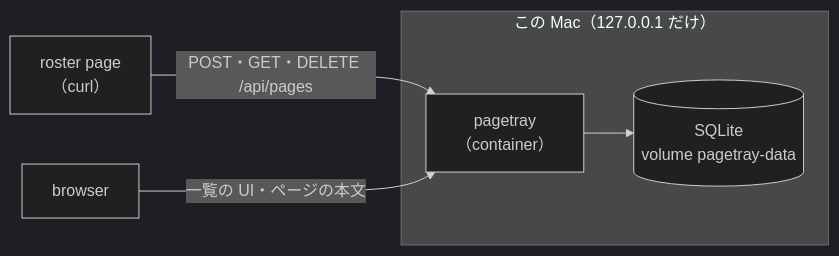
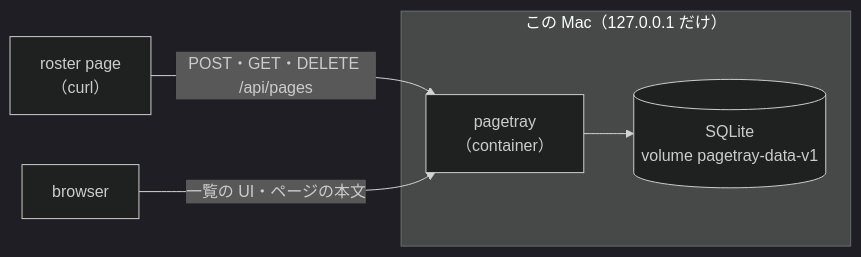
Before and after one commit to uraitakahito/pagetray: the diagram in docs/src/index.md, drawn with Mermaid (dark theme). The commit also changed 34 other files, not shown here.

````diff
--- a/docs/src/index.md
+++ b/docs/src/index.md
@@ -6,8 +6,8 @@
 ```mermaid
 flowchart LR
   roster["roster page<br>（curl）"] -->|"POST・GET・DELETE /api/pages"| srv
   browser["browser"] -->|"一覧の UI・ページの本文"| srv
   subgraph mac["この Mac（127.0.0.1 だけ）"]
-    srv["pagetray<br>（container）"] --> db[("SQLite<br>volume pagetray-data")]
+    srv["pagetray<br>（container）"] --> db[("SQLite<br>volume pagetray-data-v1")]
   end
 ```
````
